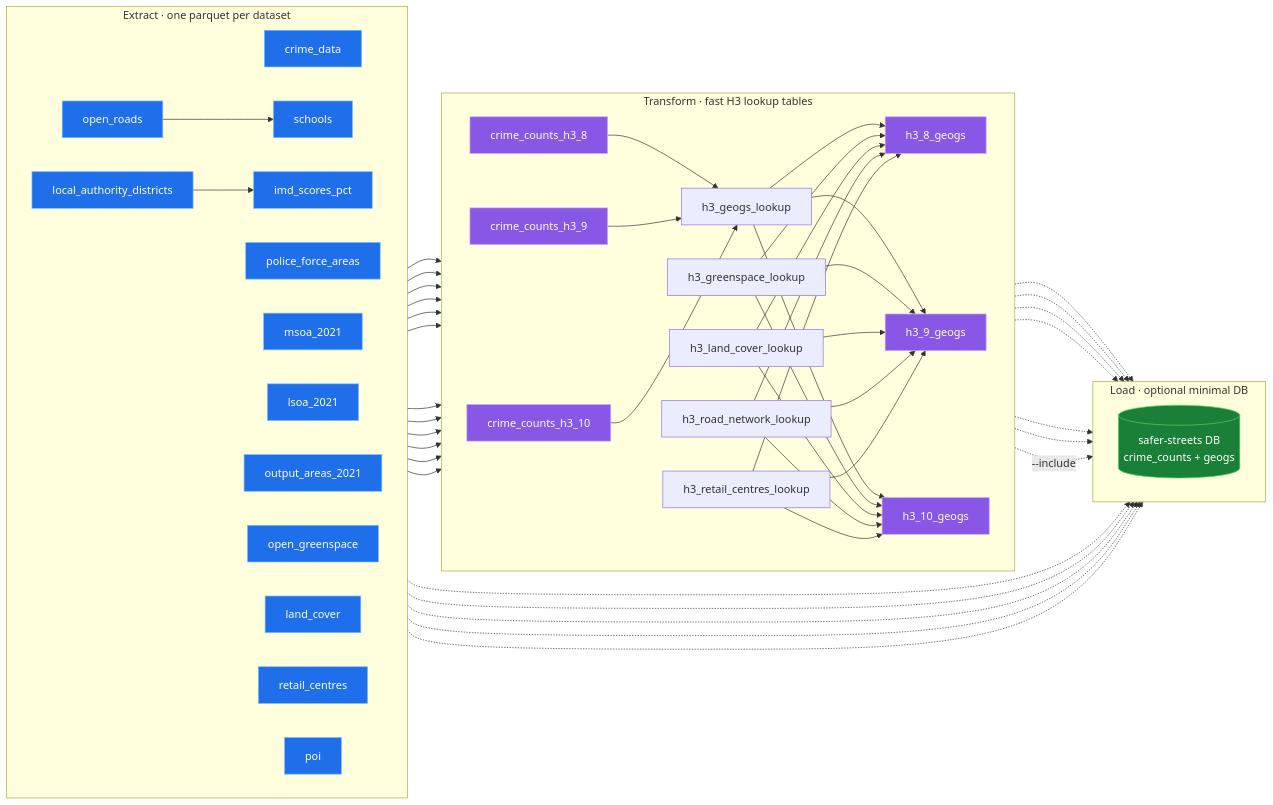
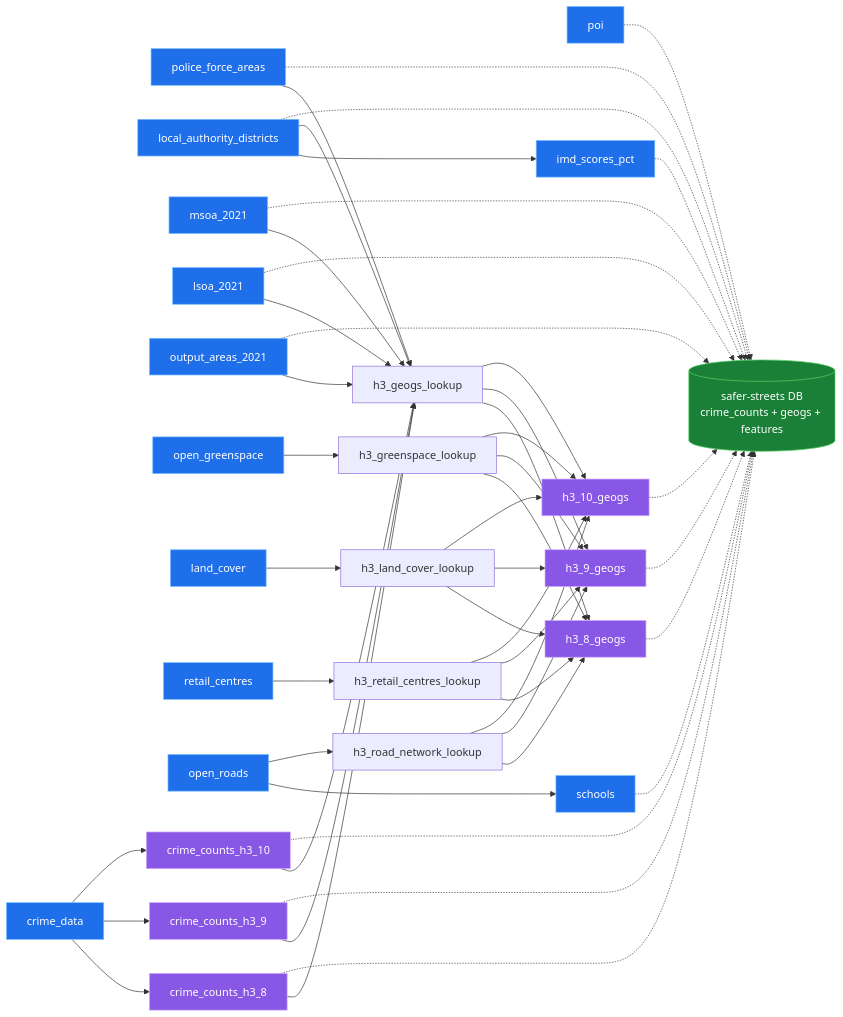
Before and after one commit to safer-streets/safer-streets-tooling: the diagram in README.md, drawn with Mermaid. The commit also changed other lines of this file and 3 other files, not shown here.

Commit message:
add poi/schools/IMD to db

````diff
--- a/README.md
+++ b/README.md
@@ -46,41 +46,33 @@
 ```mermaid
 flowchart LR
-    subgraph EXTRACT["Extract · one parquet per dataset"]
-        direction LR
-        crime_data
-        police_force_areas
-        local_authority_districts
-        msoa_2021
-        lsoa_2021
-        output_areas_2021
-        open_greenspace
-        land_cover
-        retail_centres
-        open_roads
-        poi
-        schools
-        imd_scores_pct
-    end
+   crime_data
+   police_force_areas
+   local_authority_districts
+   msoa_2021
+   lsoa_2021
+   output_areas_2021
+   open_greenspace
+   land_cover
+   retail_centres
+   open_roads
+   poi
+   schools
+   imd_scores_pct
 
-    subgraph TRANSFORM["Transform · fast H3 lookup tables"]
-        direction LR
-        crime_counts_h3_8
-        crime_counts_h3_9
-        crime_counts_h3_10
-        h3_geogs_lookup
-        h3_greenspace_lookup
-        h3_land_cover_lookup
-        h3_road_network_lookup
-        h3_retail_centres_lookup
-        h3_8_geogs
-        h3_9_geogs
-        h3_10_geogs
-    end
+   crime_counts_h3_8
+   crime_counts_h3_9
+   crime_counts_h3_10
+   h3_geogs_lookup
+   h3_greenspace_lookup
+   h3_land_cover_lookup
+   h3_road_network_lookup
+   h3_retail_centres_lookup
+   h3_8_geogs
+   h3_9_geogs
+   h3_10_geogs
 
-    subgraph LOAD["Load · optional minimal DB"]
-        direction LR
-        database[("safer-streets DB<br/>crime_counts + geogs")]
-    end
+   direction LR
+   database[("safer-streets DB<br/>crime_counts + geogs + features")]
 
     %% extract edges
     open_roads --> schools
@@ -118,7 +110,7 @@
     h3_road_network_lookup --> h3_10_geogs
     h3_retail_centres_lookup --> h3_10_geogs
 
-    %% load edges (optional): minimal DB = crime counts + geogs + ONS boundary tables; --include adds more
+    %% load edges (optional): minimal DB = crime counts + geogs + ONS boundary tables + feature layers; --include adds more
     crime_counts_h3_8 -.-> database
     crime_counts_h3_9 -.-> database
     crime_counts_h3_10 -.-> database
@@ -130,7 +122,9 @@
     msoa_2021 -.-> database
     lsoa_2021 -.-> database
     output_areas_2021 -.-> database
-    h3_geogs_lookup -. "--include" .-> database
+    schools -.-> database
+    poi -.-> database
+    imd_scores_pct -.-> database
 
     %% colour by phase, tuned for dark backgrounds (white text on saturated fills, light strokes)
     classDef extract fill:#1f6feb,stroke:#79c0ff,stroke-width:1px,color:#ffffff;
````
